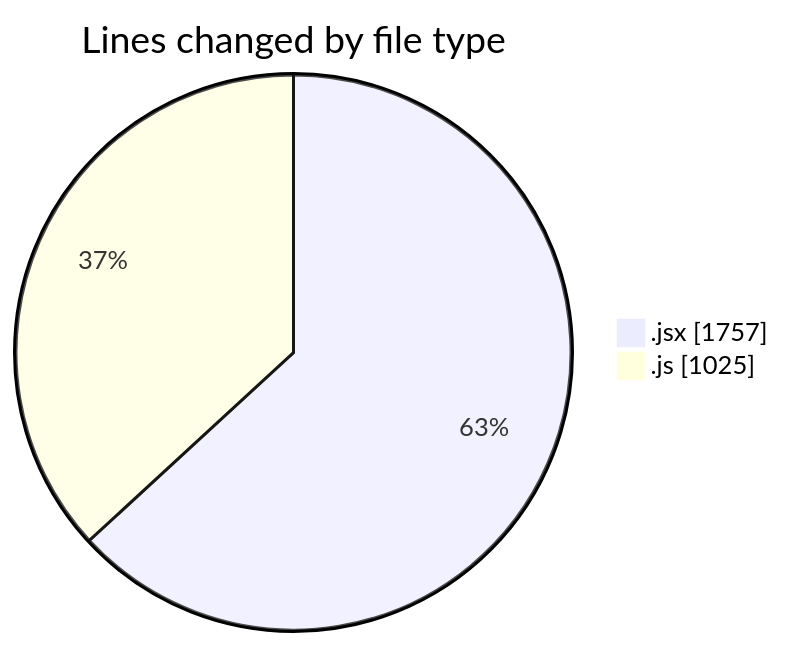
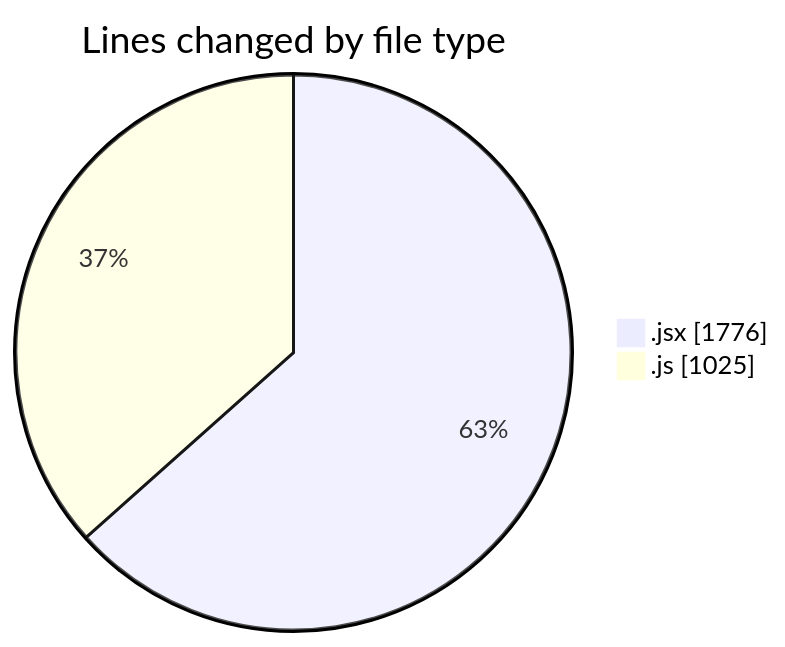
Before and after one commit to nxtqubesakshisongat/code-tracking: the first of 2 diagrams in 2025-08-04/nxtqube_webapp/README.md, drawn with Mermaid. The commit also changed other lines of this file and 1 other file, not shown here.

````diff
--- a/2025-08-04/nxtqube_webapp/README.md
+++ b/2025-08-04/nxtqube_webapp/README.md
@@ -25,6 +25,6 @@
 ```mermaid
 pie showData
 title Lines changed by file type
-".jsx" : 1757
+".jsx" : 1776
 ".js" : 1025
 ```
````
